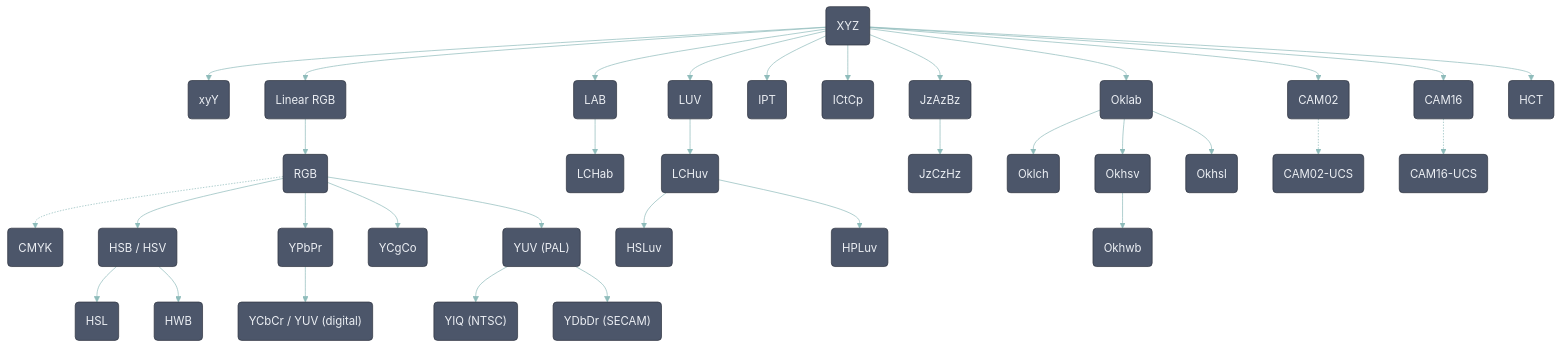
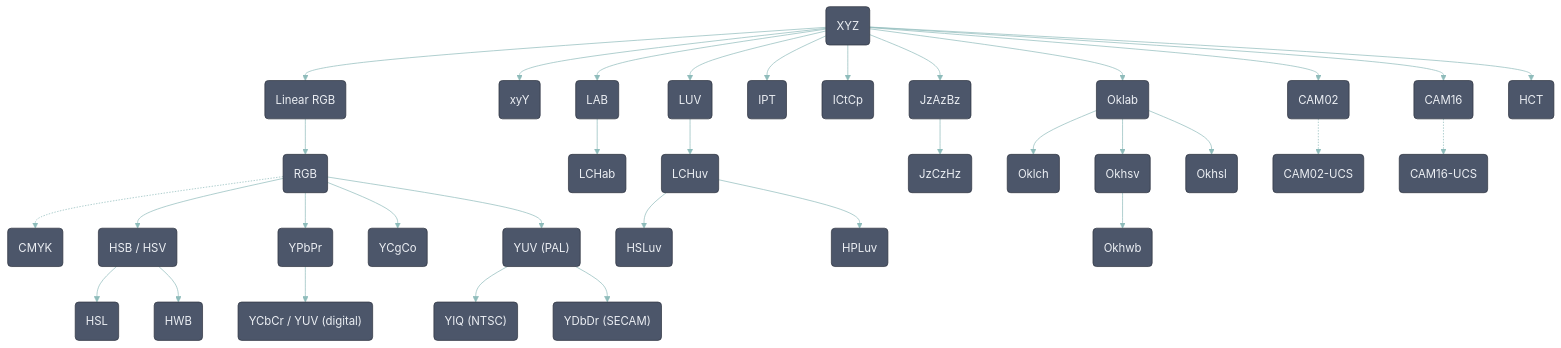
The diagram in README.md (waacton/Unicolour), drawn with Mermaid before and after one commit. The commit also changed other lines of this file and 3 other files, not shown here.

```diff
--- a/README.md
+++ b/README.md
@@ -192,13 +192,13 @@
 }%%
 
 flowchart TD
-  XYY(xyY)
   RGBLIN(Linear RGB)
   RGB(RGB)
   HSB(HSB / HSV)
   HSL(HSL)
   HWB(HWB)
   CMYK(CMYK)
+  XYY(xyY)
   XYZ(XYZ)
   LAB(LAB)
   LCHAB(LCHab)
@@ -229,24 +229,24 @@
 
   RGB -.-> CMYK
   
-  XYZ --> XYY
   XYZ --> RGBLIN
   RGBLIN --> RGB
   RGB --> HSB
   HSB --> HSL
   HSB --> HWB
+  RGB --> YPBPR
+  YPBPR --> YCBCR
+  RGB --> YCGCO
+  RGB --> YUV
+  YUV --> YIQ
+  YUV --> YDBDR
+  XYZ --> XYY
   XYZ --> LAB
   LAB --> LCHAB
   XYZ --> LUV
   LUV --> LCHUV
   LCHUV --> HSLUV
   LCHUV --> HPLUV
-  RGB --> YPBPR
-  YPBPR --> YCBCR
-  RGB --> YCGCO
-  RGB --> YUV
-  YUV --> YIQ
-  YUV --> YDBDR
   XYZ --> IPT
   XYZ --> ICTCP
   XYZ --> JZAZBZ
```
